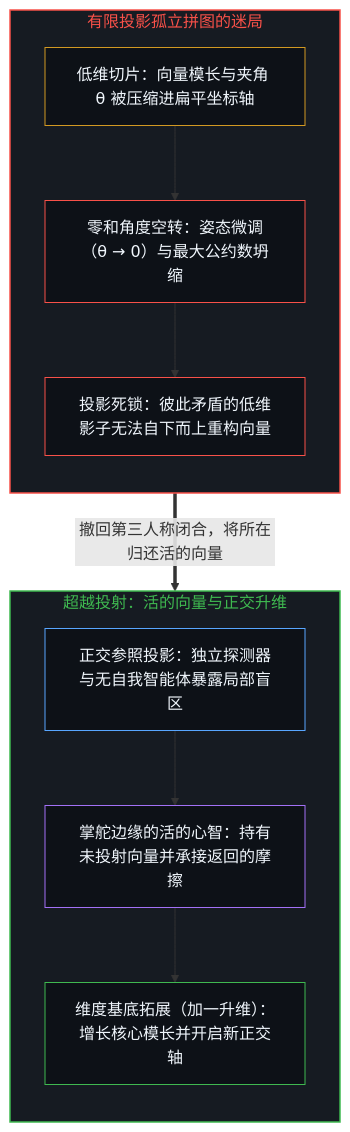
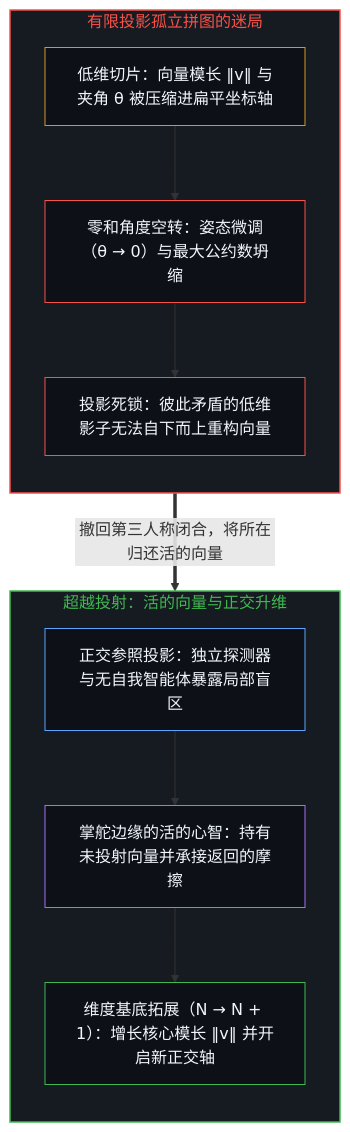
One commit to powerpig99/not-a-toe changed the first of 2 diagrams in content/posts/the-vector-and-the-puzzle-of-projections.md. Above: the diagram before and after it, drawn with Mermaid. The commit also changed other lines of this file and 12 other files, not shown here.

````diff
--- a/content/posts/the-vector-and-the-puzzle-of-projections.md
+++ b/content/posts/the-vector-and-the-puzzle-of-projections.md
@@ -87,29 +87,29 @@
 ```mermaid
 flowchart TD
     subgraph S_Puzzle["有限投影孤立拼图的迷局"]
         direction TB
-        P_Slice["低维切片：向量模长与夹角 θ 被压缩进扁平坐标轴"]
+        P_Slice["低维切片：向量模长 ‖v‖ 与夹角 θ 被压缩进扁平坐标轴"]
         P_Rot["零和角度空转：姿态微调（θ → 0）与最大公约数坍缩"]
         P_Dead["投影死锁：彼此矛盾的低维影子无法自下而上重构向量"]
         P_Slice --> P_Rot --> P_Dead
     end
 
     subgraph S_Beyond["超越投射：活的向量与正交升维"]
         direction TB
         B_Peer["正交参照投影：独立探测器与无自我智能体暴露局部盲区"]
         B_Mind["掌舵边缘的活的心智：持有未投射向量并承接返回的摩擦"]
-        B_Expand["维度基底拓展（加一升维）：增长核心模长并开启新正交轴"]
+        B_Expand["维度基底拓展（N → N + 1）：增长核心模长 ‖v‖ 并开启新正交轴"]
         B_Peer --> B_Mind --> B_Expand
     end
 
     P_Dead ==>|"撤回第三人称闭合，将所在归还活的向量"| B_Peer
 
     style S_Puzzle fill:#161b22,stroke:#f85149,stroke-width:1.5px,color:#f85149
     style S_Beyond fill:#161b22,stroke:#3fb950,stroke-width:1.5px,color:#3fb950
     style P_Slice fill:#0d1117,stroke:#d29922,stroke-width:1px,color:#f0f6fc
     style P_Rot fill:#0d1117,stroke:#f85149,stroke-width:1px,color:#f0f6fc
     style P_Dead fill:#0d1117,stroke:#f85149,stroke-width:1px,color:#f0f6fc
     style B_Peer fill:#0d1117,stroke:#58a6ff,stroke-width:1px,color:#f0f6fc
     style B_Mind fill:#0d1117,stroke:#a371f7,stroke-width:1px,color:#f0f6fc
     style B_Expand fill:#0d1117,stroke:#3fb950,stroke-width:1px,color:#f0f6fc
 ```
````
